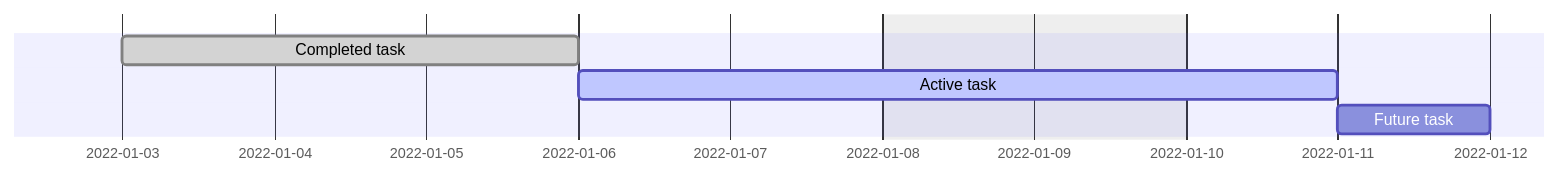
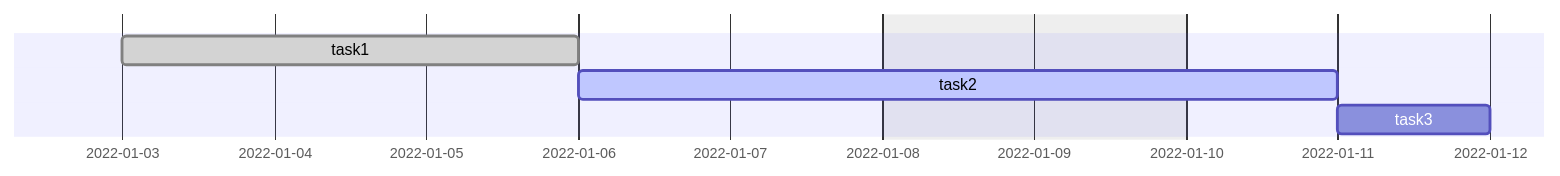
The second of 2 diagrams in README.md (satoHBSS/satoHBSS), drawn with Mermaid before and after one commit.

````diff
--- a/README.md
+++ b/README.md
@@ -29,8 +29,8 @@
 ```mermaid
 gantt
   excludes weekends
 
-  Completed task :done,   a1, 2022-01-03, 3d
-  Active task    :active, a2, after a1,   3d
-  Future task    :        a3, after a2,   1d
+  task1 :done,   a1, 2022-01-03, 3d
+  task2    :active, a2, after a1,   3d
+  task3    :        a3, after a2,   1d
   ```
````
